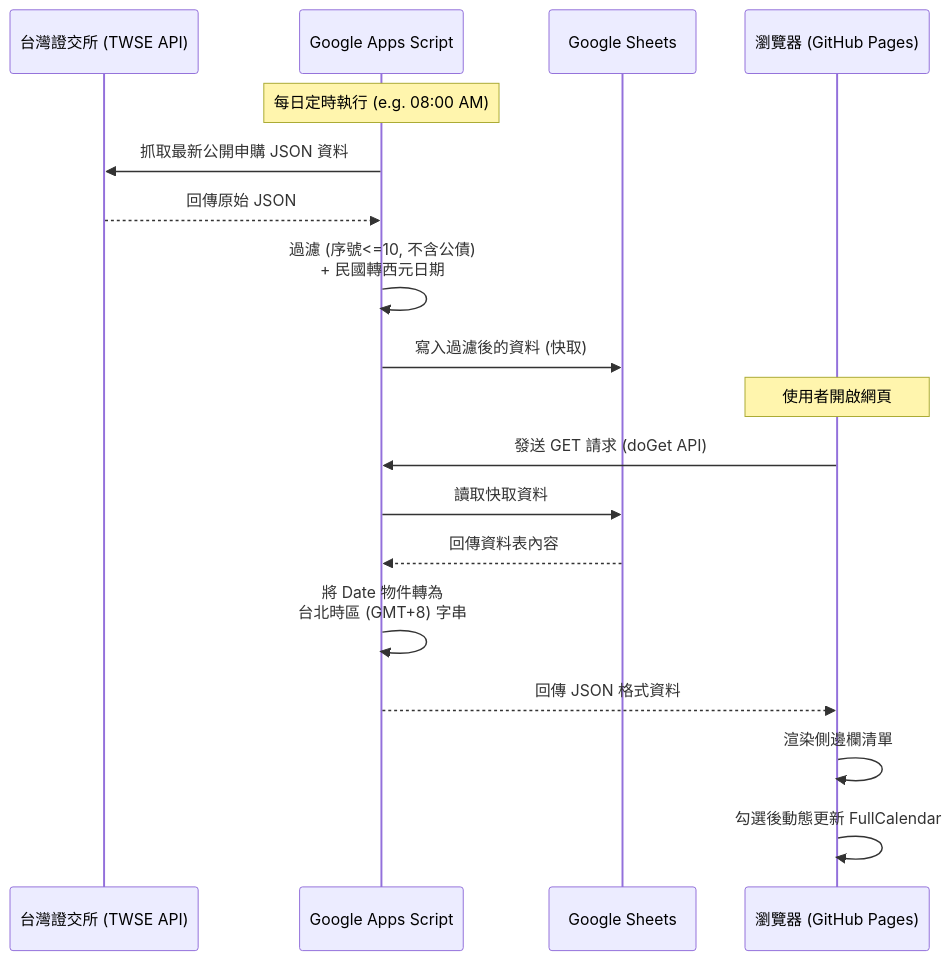
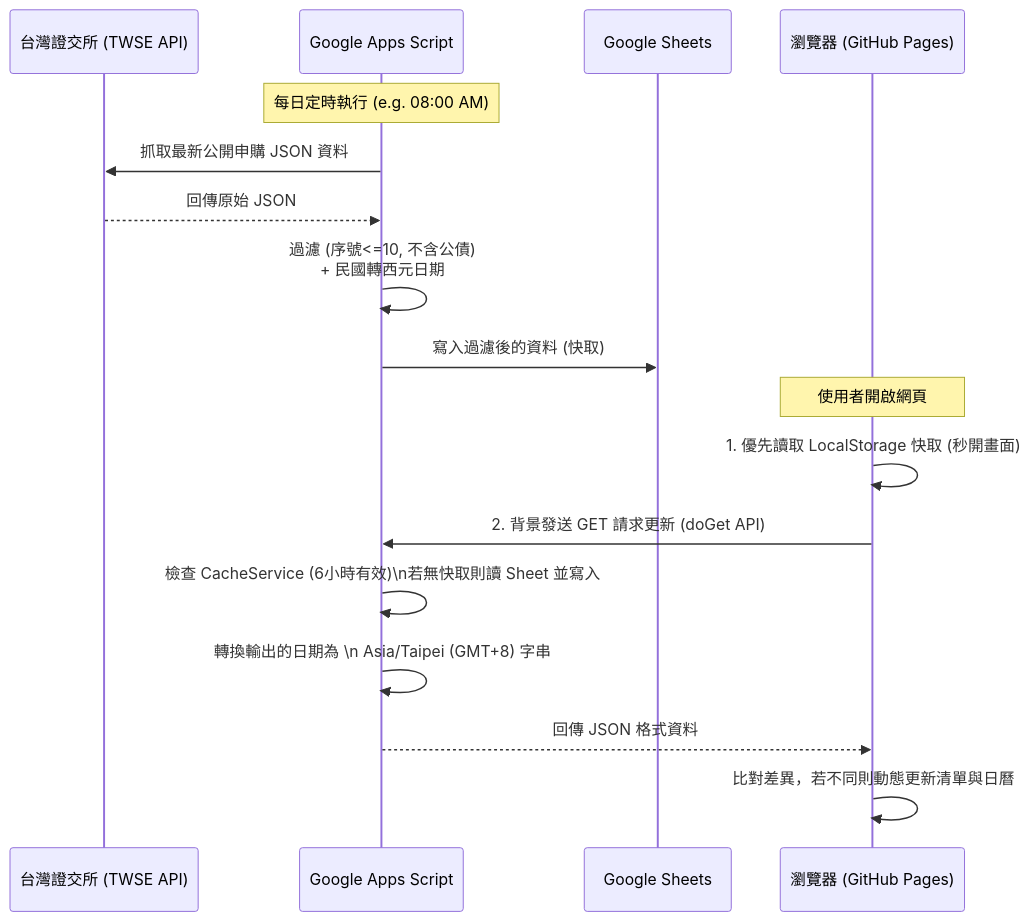
One commit to RandChen/LuckyDrawCalendar changed the diagram in README.md. Above: the diagram before and after it, drawn with Mermaid. The commit also changed other lines of this file and 2 other files, not shown here.

Commit message:
docs: 根據最新版本的代碼（優化與 Light Mode）全面更新專案文檔

````diff
--- a/README.md
+++ b/README.md
@@ -35,22 +36,21 @@
 ```mermaid
 sequenceDiagram
     participant TWSE as 台灣證交所 (TWSE API)
     participant GAS as Google Apps Script
     participant Sheet as Google Sheets
     participant Client as 瀏覽器 (GitHub Pages)
 
     Note over GAS: 每日定時執行 (e.g. 08:00 AM)
     GAS->>TWSE: 抓取最新公開申購 JSON 資料
     TWSE-->>GAS: 回傳原始 JSON
     GAS->>GAS: 過濾 (序號<=10, 不含公債) <br/>+ 民國轉西元日期
     GAS->>Sheet: 寫入過濾後的資料 (快取)
 
     Note over Client: 使用者開啟網頁
-    Client->>GAS: 發送 GET 請求 (doGet API)
-    GAS->>Sheet: 讀取快取資料
-    Sheet-->>GAS: 回傳資料表內容
-    GAS->>GAS: 將 Date 物件轉為 <br/> 台北時區 (GMT+8) 字串
+    Client->>Client: 1. 優先讀取 LocalStorage 快取 (秒開畫面)
+    Client->>GAS: 2. 背景發送 GET 請求更新 (doGet API)
+    GAS->>GAS: 檢查 CacheService (6小時有效)\n若無快取則讀 Sheet 並寫入
+    GAS->>GAS: 轉換輸出的日期為 \n Asia/Taipei (GMT+8) 字串
     GAS-->>Client: 回傳 JSON 格式資料
-    Client->>Client: 渲染側邊欄清單
-    Client->>Client: 勾選後動態更新 FullCalendar
+    Client->>Client: 比對差異，若不同則動態更新清單與日曆
 ```
````
